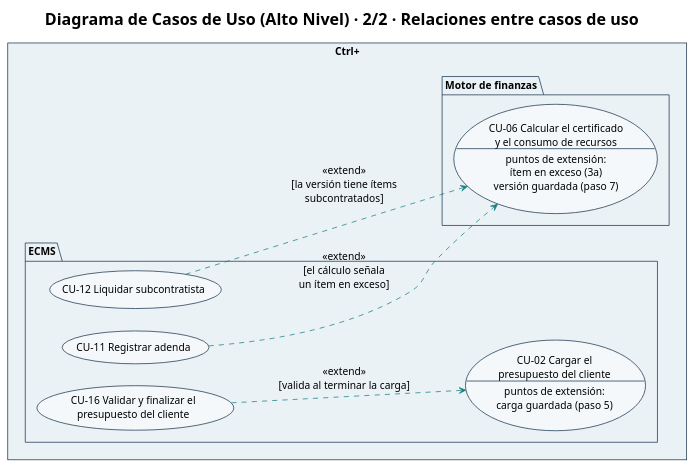
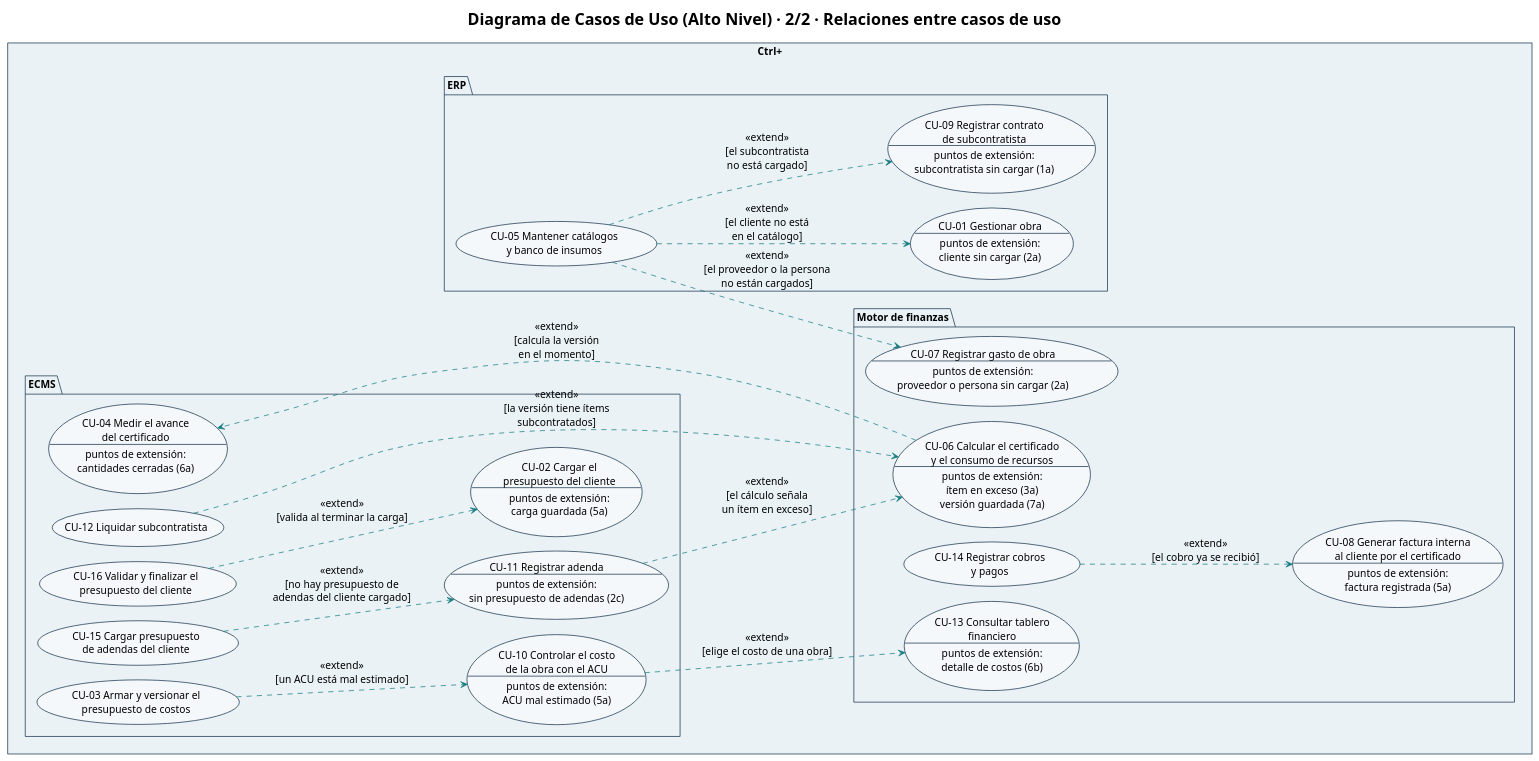
Before and after one commit to Ssrrb/tpf-uca: the diagram in diagramas/CU-00-casos-de-uso-alto-nivel-2-relaciones.puml, drawn with PlantUML.

Commit message:
Alto nivel 2/2: relaciones «extend» entre los 16 casos de uso
Cada «extend» sale de un flujo alternativo del caso base, con su punto
de extensión y su condición.

Claude-Session: https://claude.ai/code/session_01SsyG3wCMXzRw729TatmkYY

```diff
--- a/diagramas/CU-00-casos-de-uso-alto-nivel-2-relaciones.puml
+++ b/diagramas/CU-00-casos-de-uso-alto-nivel-2-relaciones.puml
@@ -1,45 +1,66 @@
 @startuml
 !theme plain
 skinparam style strictuml
 title Diagrama de Casos de Uso (Alto Nivel) · 2/2 · Relaciones entre casos de uso
 skinparam shadowing false
 skinparam defaultFontName Arial
 skinparam defaultFontSize 14
 skinparam ArrowColor #167C80
 skinparam actor {
   BackgroundColor #F5F8FA
   BorderColor #17324D
 }
 skinparam usecase {
   BackgroundColor #F5F8FA
   BorderColor #17324D
 }
 skinparam rectangle {
   BackgroundColor #FFFFFF
   BorderColor #17324D
 }
 skinparam package {
   BackgroundColor #EAF2F6
   BorderColor #17324D
 }
 left to right direction
-skinparam nodesep 30
-skinparam ranksep 120
+skinparam nodesep 20
+skinparam ranksep 90
 
 rectangle "Ctrl+" {
+  package "ERP" {
+    usecase "CU-05 Mantener catálogos\ny banco de insumos" as CU05
+    usecase "CU-01 Gestionar obra\n--\npuntos de extensión:\ncliente sin cargar (2a)" as CU01
+    usecase "CU-09 Registrar contrato\nde subcontratista\n--\npuntos de extensión:\nsubcontratista sin cargar (1a)" as CU09
+  }
   package "ECMS" {
     usecase "CU-16 Validar y finalizar el\npresupuesto del cliente" as CU16
-    usecase "CU-02 Cargar el\npresupuesto del cliente\n--\npuntos de extensión:\ncarga guardada (paso 5)" as CU02
-    usecase "CU-11 Registrar adenda" as CU11
+    usecase "CU-02 Cargar el\npresupuesto del cliente\n--\npuntos de extensión:\ncarga guardada (5a)" as CU02
+    usecase "CU-03 Armar y versionar el\npresupuesto de costos" as CU03
+    usecase "CU-10 Controlar el costo\nde la obra con el ACU\n--\npuntos de extensión:\nACU mal estimado (5a)" as CU10
+    usecase "CU-15 Cargar presupuesto\nde adendas del cliente" as CU15
+    usecase "CU-11 Registrar adenda\n--\npuntos de extensión:\nsin presupuesto de adendas (2c)" as CU11
+    usecase "CU-04 Medir el avance\ndel certificado\n--\npuntos de extensión:\ncantidades cerradas (6a)" as CU04
     usecase "CU-12 Liquidar subcontratista" as CU12
   }
   package "Motor de finanzas" {
-    usecase "CU-06 Calcular el certificado\ny el consumo de recursos\n--\npuntos de extensión:\nítem en exceso (3a)\nversión guardada (paso 7)" as CU06
+    usecase "CU-07 Registrar gasto de obra\n--\npuntos de extensión:\nproveedor o persona sin cargar (2a)" as CU07
+    usecase "CU-06 Calcular el certificado\ny el consumo de recursos\n--\npuntos de extensión:\nítem en exceso (3a)\nversión guardada (7a)" as CU06
+    usecase "CU-08 Generar factura interna\nal cliente por el certificado\n--\npuntos de extensión:\nfactura registrada (5a)" as CU08
+    usecase "CU-14 Registrar cobros\ny pagos" as CU14
+    usecase "CU-13 Consultar tablero\nfinanciero\n--\npuntos de extensión:\ndetalle de costos (6b)" as CU13
   }
 }
 
 ' UML 2: el «extend» va del caso que agrega comportamiento al caso base
+CU05 ..> CU01 : <<extend>>\n[el cliente no está\nen el catálogo]
+CU05 ..> CU09 : <<extend>>\n[el subcontratista\nno está cargado]
+CU05 ..> CU07 : <<extend>>\n[el proveedor o la persona\nno están cargados]
 CU16 ..> CU02 : <<extend>>\n[valida al terminar la carga]
+CU03 ..> CU10 : <<extend>>\n[un ACU está mal estimado]
+CU15 ..> CU11 : <<extend>>\n[no hay presupuesto de\nadendas del cliente cargado]
+CU06 ..> CU04 : <<extend>>\n[calcula la versión\nen el momento]
 CU11 ..> CU06 : <<extend>>\n[el cálculo señala\nun ítem en exceso]
 CU12 ..> CU06 : <<extend>>\n[la versión tiene ítems\nsubcontratados]
+CU14 ..> CU08 : <<extend>>\n[el cobro ya se recibió]
+CU10 ..> CU13 : <<extend>>\n[elige el costo de una obra]
 @enduml
```
